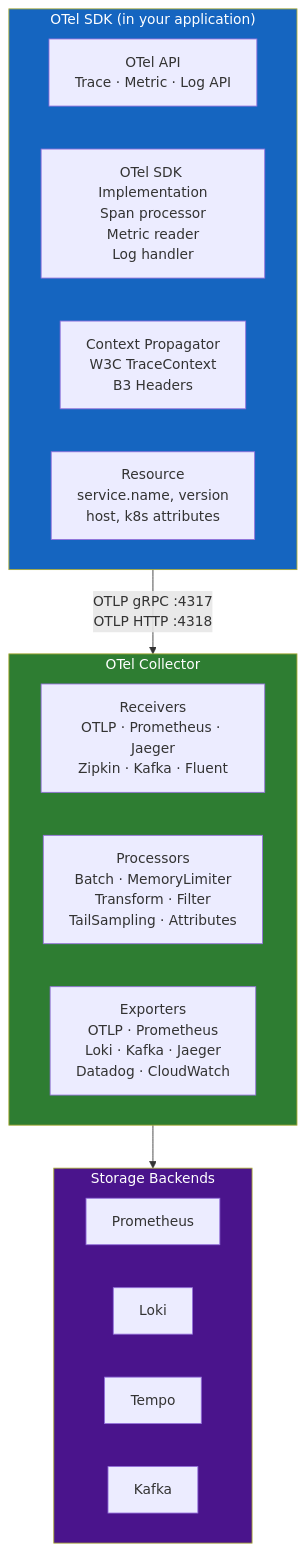
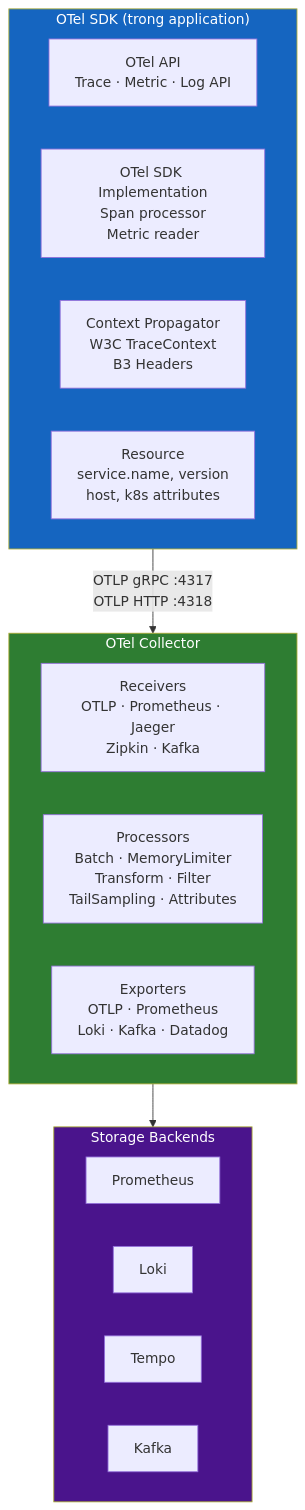
One commit to XUanhoa04/aiops-engineering-handbook changed the second of 4 diagrams in docs/vi/02-opentelemetry/README.vi.md. Above: the diagram before and after it, drawn with Mermaid. The commit also changed other lines of this file and 3 other files, not shown here.

````diff
--- a/docs/vi/02-opentelemetry/README.vi.md
+++ b/docs/vi/02-opentelemetry/README.vi.md
@@ -128,29 +119,29 @@
 ```mermaid
 graph TD
-    subgraph SDK["OTel SDK (in your application)"]
+    subgraph SDK["OTel SDK (trong application)"]
         API[OTel API\nTrace · Metric · Log API]
-        IMPL[OTel SDK Implementation\nSpan processor\nMetric reader\nLog handler]
+        IMPL[OTel SDK Implementation\nSpan processor\nMetric reader]
         PROP[Context Propagator\nW3C TraceContext\nB3 Headers]
         RES[Resource\nservice.name, version\nhost, k8s attributes]
     end
 
     subgraph Collector["OTel Collector"]
-        RCV[Receivers\nOTLP · Prometheus · Jaeger\nZipkin · Kafka · Fluent]
+        RCV[Receivers\nOTLP · Prometheus · Jaeger\nZipkin · Kafka]
         PROC[Processors\nBatch · MemoryLimiter\nTransform · Filter\nTailSampling · Attributes]
-        EXP[Exporters\nOTLP · Prometheus\nLoki · Kafka · Jaeger\nDatadog · CloudWatch]
+        EXP[Exporters\nOTLP · Prometheus\nLoki · Kafka · Datadog]
     end
 
     subgraph Backends["Storage Backends"]
         PM[Prometheus]
         LK[Loki]
         TP[Tempo]
         KF[Kafka]
     end
 
     SDK -->|OTLP gRPC :4317\nOTLP HTTP :4318| Collector
     Collector --> Backends
 
     style SDK fill:#1565c0,color:#fff
     style Collector fill:#2e7d32,color:#fff
     style Backends fill:#4a148c,color:#fff
 ```
````
